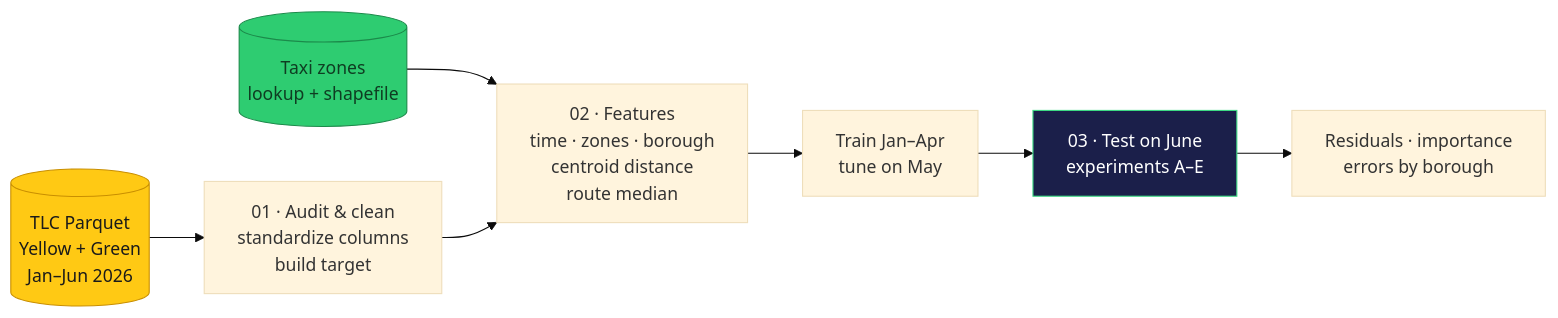
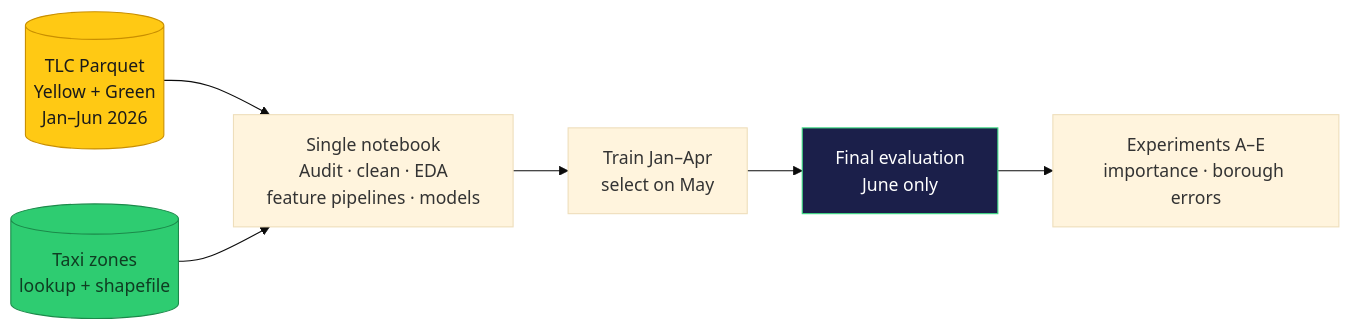
The diagram in README.md (Shreyit/nyc-taxi-ml), drawn with Mermaid (base theme) before and after one commit. The commit also changed other lines of this file and 10 other files, not shown here.

````diff
--- a/README.md
+++ b/README.md
@@ -69,13 +69,12 @@
 ```mermaid
 flowchart LR
-    A[("TLC Parquet<br/>Yellow + Green<br/>Jan–Jun 2026")] --> B["01 · Audit & clean<br/>standardize columns<br/>build target"]
-    Z[("Taxi zones<br/>lookup + shapefile")] --> C
-    B --> C["02 · Features<br/>time · zones · borough<br/>centroid distance<br/>route median"]
-    C --> D["Train Jan–Apr<br/>tune on May"]
-    D --> E["03 · Test on June<br/>experiments A–E"]
-    E --> F["Residuals · importance<br/>errors by borough"]
+    A[("TLC Parquet<br/>Yellow + Green<br/>Jan–Jun 2026")] --> B["Single notebook<br/>Audit · clean · EDA<br/>feature pipelines · models"]
+    Z[("Taxi zones<br/>lookup + shapefile")] --> B
+    B --> C["Train Jan–Apr<br/>select on May"]
+    C --> D["Final evaluation<br/>June only"]
+    D --> E["Experiments A–E<br/>importance · borough errors"]
 
     style A fill:#ffc914,stroke:#c98f00,color:#1a1a1a
     style Z fill:#2ecc71,stroke:#1b8a4a,color:#0f3d22
-    style E fill:#1b1f4a,stroke:#3ddc84,color:#ffffff
+    style D fill:#1b1f4a,stroke:#3ddc84,color:#ffffff
 ```
````
